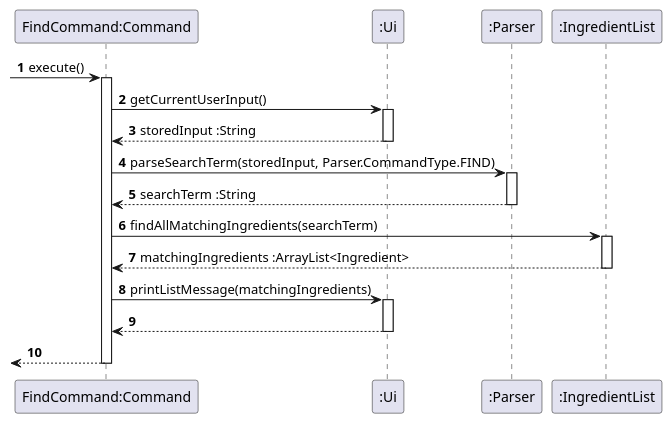
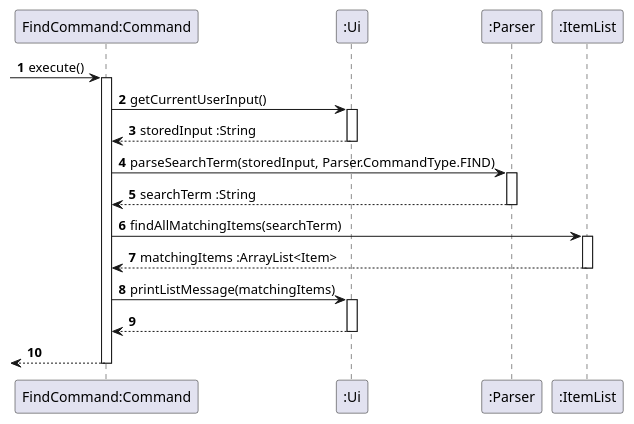
One commit to uosjapuelks/tp changed the diagram in docs/umlDiagrams/FindSequence.puml. Above: the diagram before and after it, drawn with PlantUML. The commit also changed 40 other files, not shown here.

Commit message:
Standardized to use Item instead of Ingredient.

```diff
--- a/docs/umlDiagrams/FindSequence.puml
+++ b/docs/umlDiagrams/FindSequence.puml
@@ -1,30 +1,30 @@
 @startuml
 'https://plantuml.com/class-diagram
 
 autonumber
 
 -> "FindCommand:Command": execute()
 activate "FindCommand:Command"
 
 "FindCommand:Command" -> ":Ui": getCurrentUserInput()
 activate ":Ui"
 "FindCommand:Command" <-- ":Ui": storedInput :String
 deactivate ":Ui"
 
 "FindCommand:Command" -> ":Parser": parseSearchTerm(storedInput, Parser.CommandType.FIND)
 activate ":Parser"
 "FindCommand:Command" <-- ":Parser": searchTerm :String
 deactivate ":Parser"
-"FindCommand:Command" -> ":IngredientList": findAllMatchingIngredients(searchTerm)
-activate ":IngredientList"
-"FindCommand:Command" <--":IngredientList": matchingIngredients :ArrayList<Ingredient>
-deactivate ":IngredientList"
-"FindCommand:Command" -> ":Ui": printListMessage(matchingIngredients)
+"FindCommand:Command" -> ":ItemList": findAllMatchingItems(searchTerm)
+activate ":ItemList"
+"FindCommand:Command" <--":ItemList": matchingItems :ArrayList<Item>
+deactivate ":ItemList"
+"FindCommand:Command" -> ":Ui": printListMessage(matchingItems)
 activate ":Ui"
 "FindCommand:Command" <-- ":Ui"
 deactivate ":Ui"
 
 <-- "FindCommand:Command"
 deactivate "FindCommand:Command"
 
 @enduml
```
